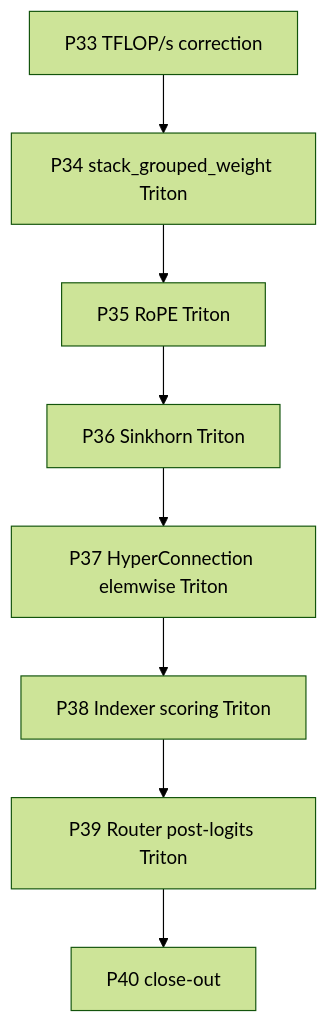
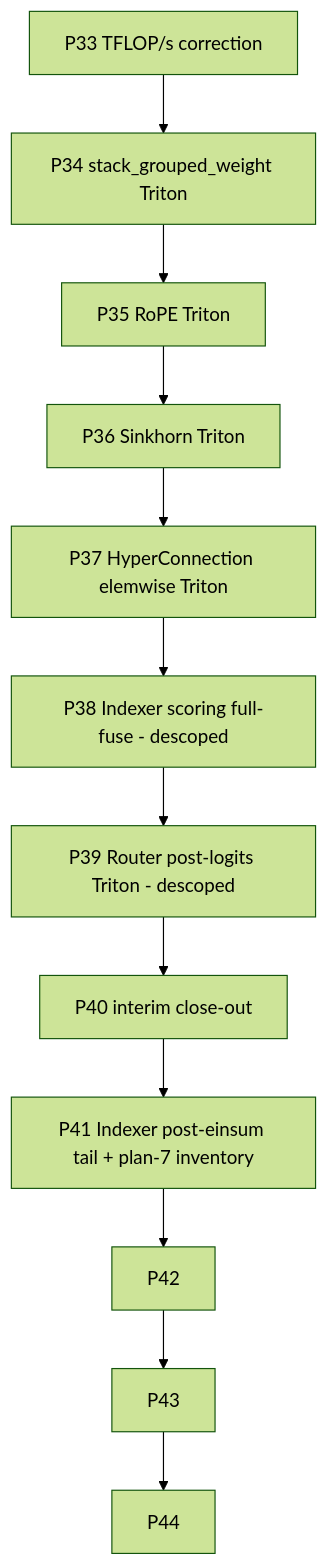
The diagram in deepseek-v4/develop/plan-6/01-roadmap.md (AMD-AGI/Primus), drawn with Mermaid (forest theme) before and after one commit. The commit also changed other lines of this file and 8 other files, not shown here.

````diff
--- a/deepseek-v4/develop/plan-6/01-roadmap.md
+++ b/deepseek-v4/develop/plan-6/01-roadmap.md
@@ -42,19 +56,24 @@
 ```mermaid
 flowchart TD
 P33[P33 TFLOP/s correction]
 P34[P34 stack_grouped_weight Triton]
 P35[P35 RoPE Triton]
 P36[P36 Sinkhorn Triton]
 P37[P37 HyperConnection elemwise Triton]
-P38[P38 Indexer scoring Triton]
-P39[P39 Router post-logits Triton]
-P40[P40 close-out]
+P38[P38 Indexer scoring full-fuse - descoped]
+P39[P39 Router post-logits Triton - descoped]
+P40[P40 interim close-out]
+P41[P41 Indexer post-einsum tail + plan-7 inventory]
 
 P33 --> P34
 P34 --> P35
 P35 --> P36
 P36 --> P37
 P37 --> P38
 P38 --> P39
 P39 --> P40
+P40 --> P41
+P41 --> P42
+P42 --> P43
+P43 --> P44
 ```
````
